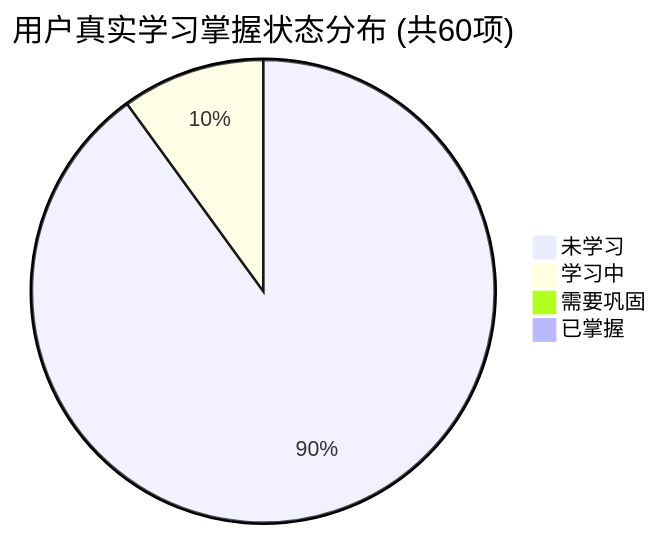
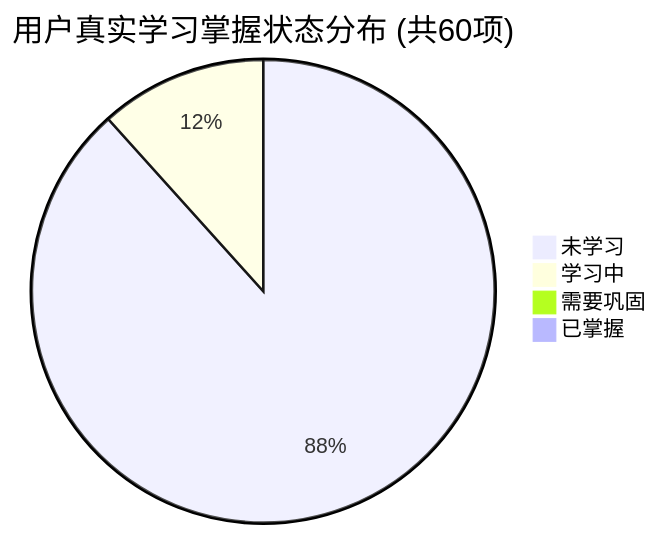
One commit to tieke1121/tech-interview-knowledge-base changed the first of 2 diagrams in PROGRESS.md. Above: the diagram before and after it, drawn with Mermaid. The commit also changed other lines of this file and 1 other file, not shown here.

````diff
--- a/PROGRESS.md
+++ b/PROGRESS.md
@@ -27,7 +27,7 @@
 ```mermaid
 pie title 用户真实学习掌握状态分布 (共60项)
-    "未学习" : 54
-    "学习中" : 6
+    "未学习" : 53
+    "学习中" : 7
     "需要巩固" : 0
     "已掌握" : 0
 ```
````
